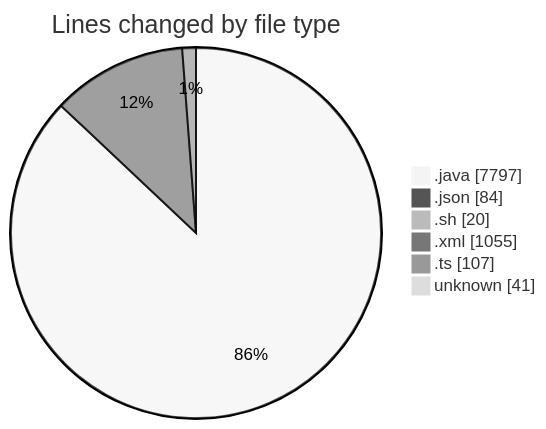
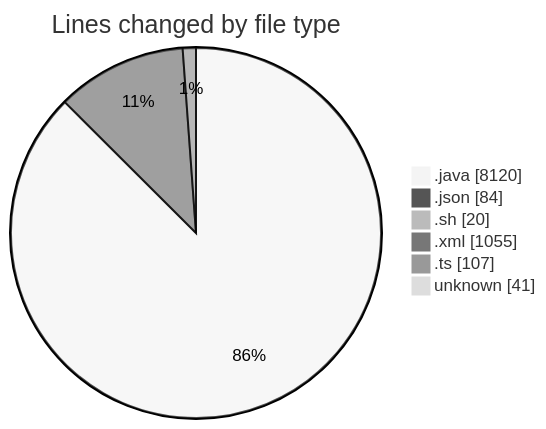
The first of 2 diagrams in 2025-02-23/micros/README.md (charlie-sans/code-tracking), drawn with Mermaid (neutral theme) before and after one commit. The commit also changed other lines of this file and 1 other file, not shown here.

````diff
--- a/2025-02-23/micros/README.md
+++ b/2025-02-23/micros/README.md
@@ -54,10 +56,10 @@
 ```mermaid
 pie showData
 title Lines changed by file type
-".java" : 7797
+".java" : 8120
 ".json" : 84
 ".sh" : 20
 ".xml" : 1055
 ".ts" : 107
 "unknown" : 41
 ```
````
